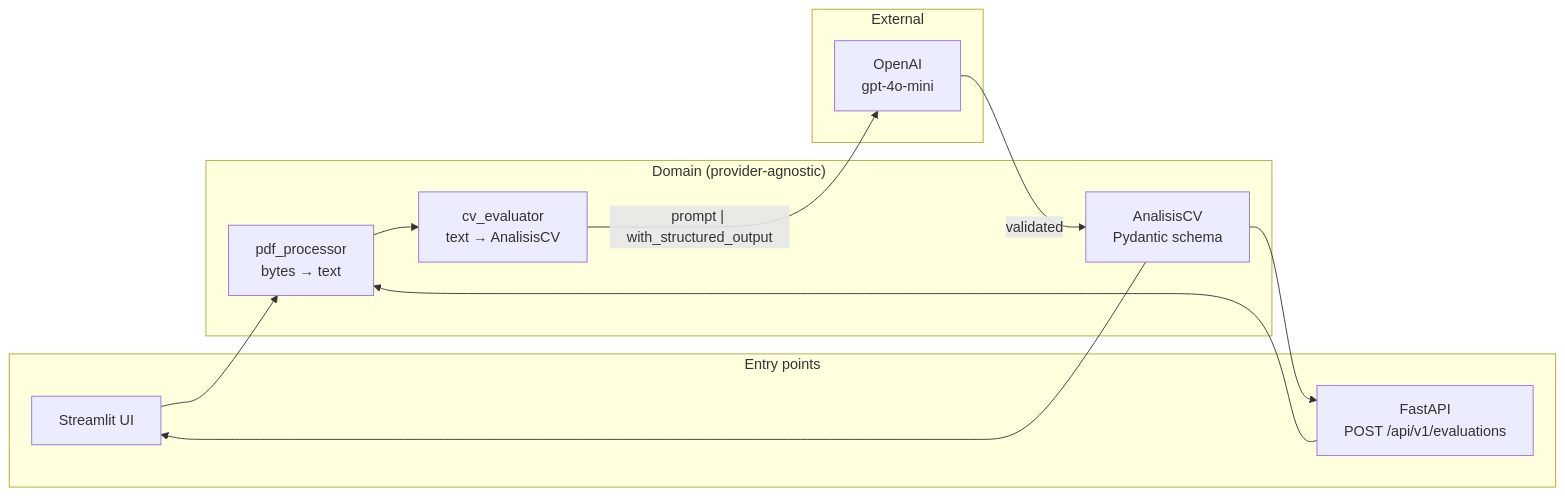
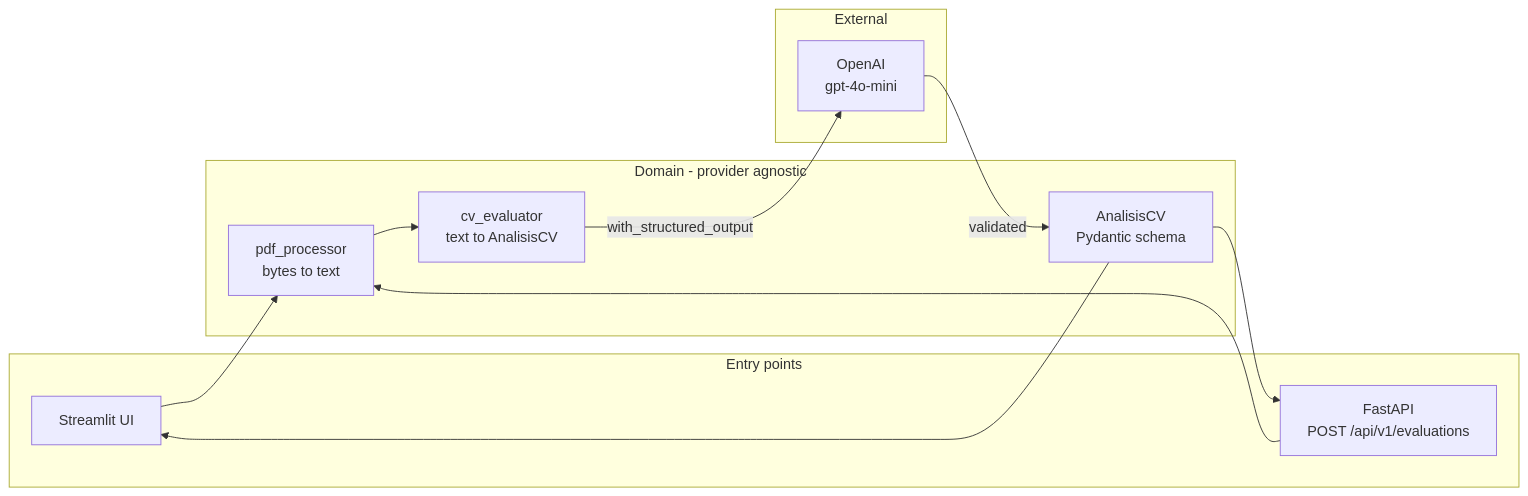
The diagram in README.md (Biershoot/Sistema_de_Evaluaci-n_de_CVs_candidatos_con_IA), drawn with Mermaid before and after one commit. The commit also changed other lines of this file, not shown here.

Commit message:
docs: simplificar el diagrama mermaid y actualizar URLs tras el renombrado
GitHub no renderizaba el diagrama ('Cannot read properties of undefined
(reading render)'). El diagrama es válido —parsea y renderiza en mermaid 10 y
11 sobre Chromium real—, así que se simplifica de forma defensiva eliminando
las construcciones que el renderizador de GitHub tolera peor:

- El carácter '|' dentro de una etiqueta de arista: '|' es el delimitador de
  las propias etiquetas, y la documentación de mermaid desaconseja usarlo
  dentro aunque vaya entrecomillado.
- Comillas y paréntesis en los títulos de los subgrafos.
- Flechas unicode en las etiquetas de nodo.

Además, el repositorio se renombró a CV_evaluation_system_portfolio: se
actualizan la insignia de CI y la URL de clonado (el nombre anterior redirige,
pero conviene no depender del redirect).

````diff
--- a/README.md
+++ b/README.md
@@ -45,25 +45,25 @@
 ```mermaid
 flowchart LR
-    subgraph clients ["Entry points"]
-        UI["Streamlit UI"]
-        API["FastAPI<br/>POST /api/v1/evaluations"]
+    subgraph clients [Entry points]
+        UI[Streamlit UI]
+        API[FastAPI<br/>POST /api/v1/evaluations]
     end
 
-    subgraph domain ["Domain (provider-agnostic)"]
-        PDF["pdf_processor<br/>bytes → text"]
-        EVAL["cv_evaluator<br/>text → AnalisisCV"]
-        MODEL["AnalisisCV<br/>Pydantic schema"]
+    subgraph domain [Domain - provider agnostic]
+        PDF[pdf_processor<br/>bytes to text]
+        EVAL[cv_evaluator<br/>text to AnalisisCV]
+        MODEL[AnalisisCV<br/>Pydantic schema]
     end
 
-    subgraph ext ["External"]
-        LLM["OpenAI<br/>gpt-4o-mini"]
+    subgraph ext [External]
+        LLM[OpenAI<br/>gpt-4o-mini]
     end
 
     UI --> PDF
     API --> PDF
     PDF --> EVAL
-    EVAL -->|"prompt | with_structured_output"| LLM
+    EVAL -->|with_structured_output| LLM
     LLM -->|validated| MODEL
     MODEL --> UI
     MODEL --> API
 ```
````
